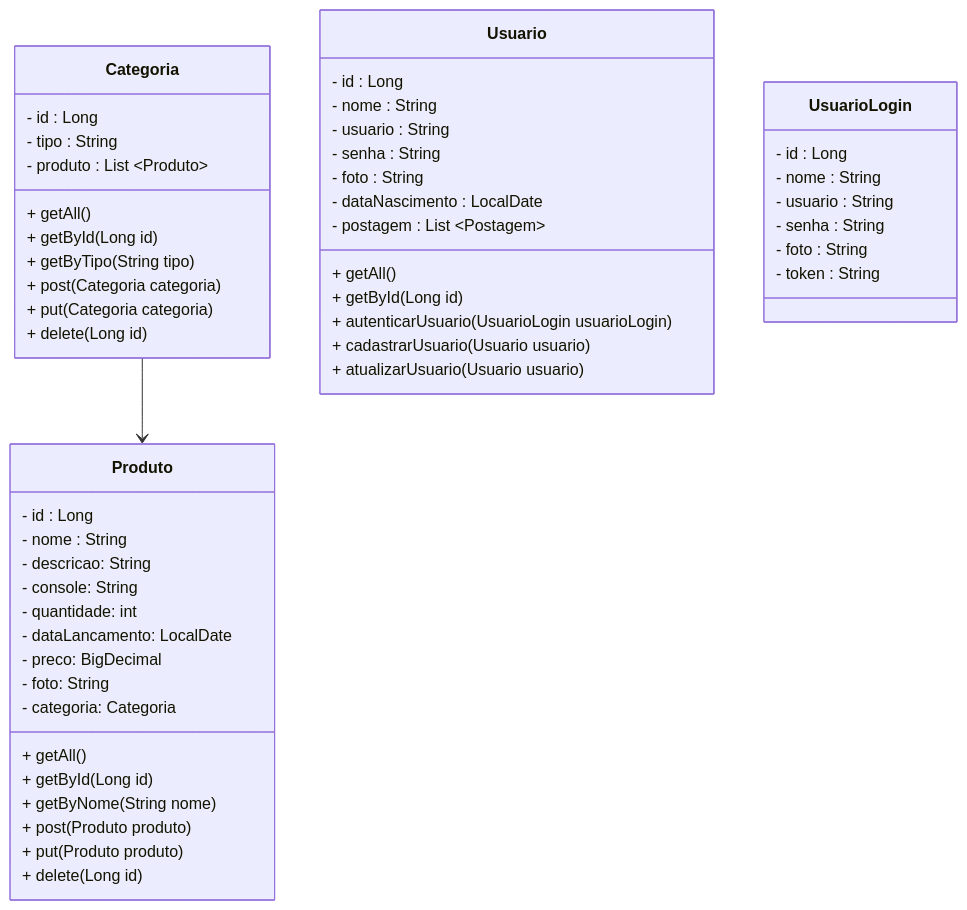
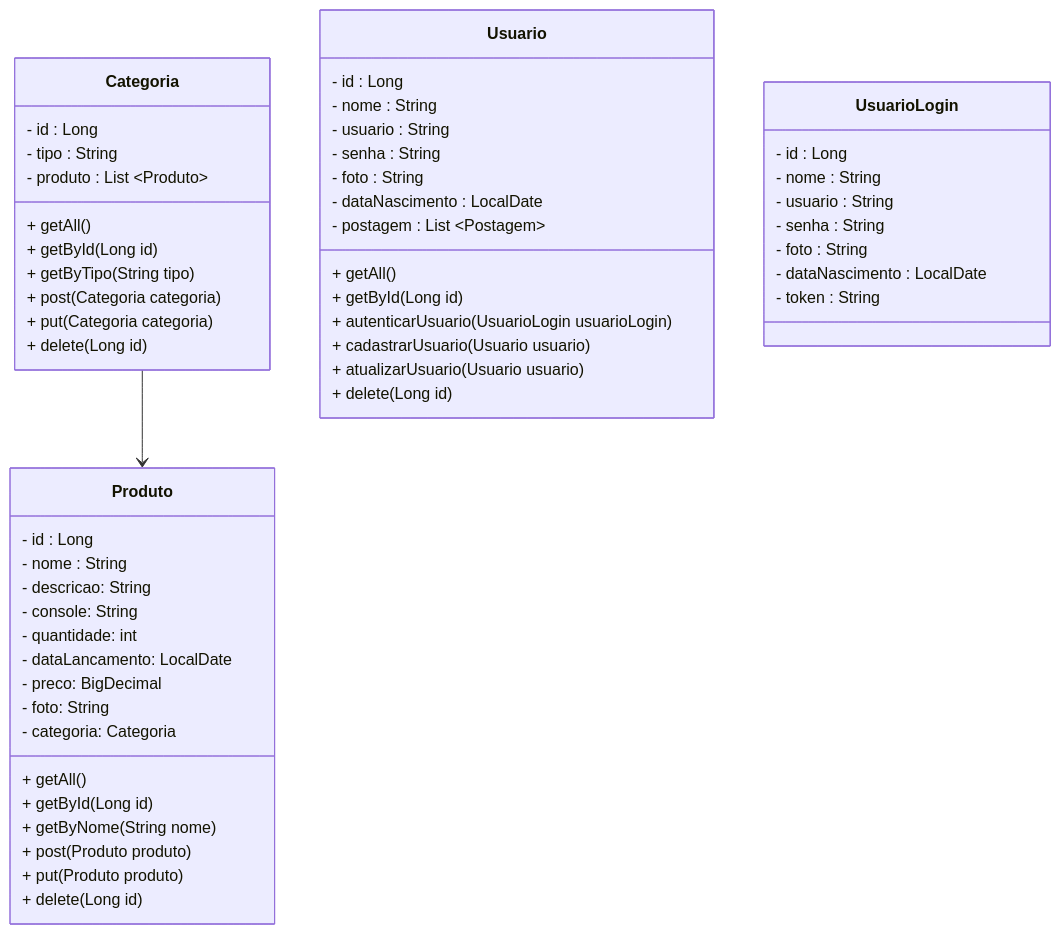
Before and after one commit to bertimaiara/lojagames-1: the diagram in README.md, drawn with Mermaid.

````diff
--- a/README.md
+++ b/README.md
@@ -5,54 +5,56 @@
 ```mermaid
 classDiagram
 class Categoria {
   - id : Long
   - tipo : String
   - produto : List ~Produto~
   + getAll()
   + getById(Long id)
   + getByTipo(String tipo)
   + post(Categoria categoria)
   + put(Categoria categoria)
   + delete(Long id)
 }
 class Produto {
   - id : Long
   - nome : String
   - descricao: String
   - console: String
   - quantidade: int
   - dataLancamento: LocalDate
   - preco: BigDecimal
   - foto: String
   - categoria: Categoria
   + getAll()
   + getById(Long id)
   + getByNome(String nome)
   + post(Produto produto)
   + put(Produto produto)
   + delete(Long id)
 }
 class Usuario {
   - id : Long
   - nome : String
   - usuario : String
   - senha : String
   - foto : String
   - dataNascimento : LocalDate
   - postagem : List ~Postagem~
   + getAll()
   + getById(Long id)
   + autenticarUsuario(UsuarioLogin usuarioLogin)
   + cadastrarUsuario(Usuario usuario)
   + atualizarUsuario(Usuario usuario)
+  + delete(Long id)
 }
 class UsuarioLogin{
   - id : Long
   - nome : String
   - usuario : String
   - senha : String
   - foto : String
+  - dataNascimento : LocalDate
   - token : String
 }
 Categoria --> Produto
 ```
````
